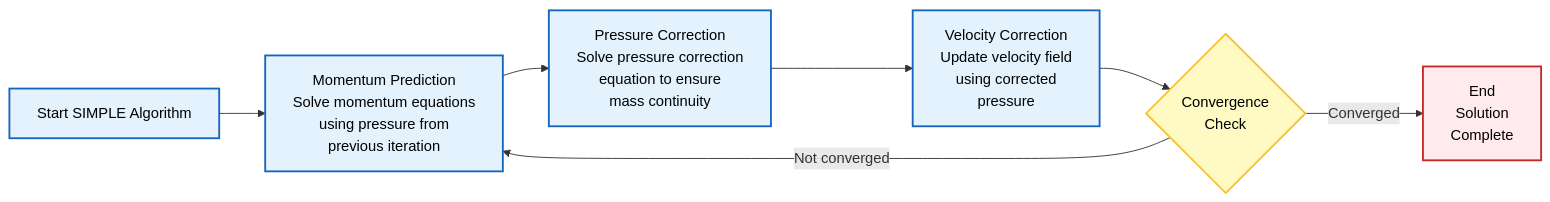
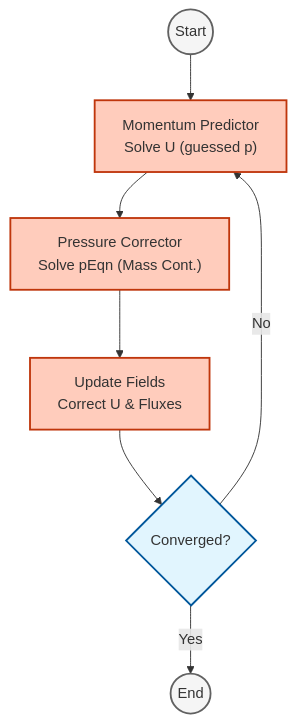
One commit to wramet/build-my-cfd changed the third of 4 diagrams in MODULE_01_CFD_FUNDAMENTALS/CONTENT/01_GOVERNING_EQUATIONS/01_Introduction.md. Above: the diagram before and after it, drawn with Mermaid. The commit also changed other lines of this file and 313 other files, not shown here.

Commit message:
Revise all diagram

````diff
--- a/MODULE_01_CFD_FUNDAMENTALS/CONTENT/01_GOVERNING_EQUATIONS/01_Introduction.md
+++ b/MODULE_01_CFD_FUNDAMENTALS/CONTENT/01_GOVERNING_EQUATIONS/01_Introduction.md
@@ -385,21 +380,19 @@
 ```mermaid
-graph LR
-    A["Start SIMPLE Algorithm"] --> B["Momentum Prediction<br/>Solve momentum equations<br/>using pressure from<br/>previous iteration"]
+graph TD
+classDef implicit fill:#e1f5fe,stroke:#01579b,stroke-width:2px
+classDef explicit fill:#ffccbc,stroke:#bf360c,stroke-width:2px
+classDef context fill:#f5f5f5,stroke:#616161,stroke-width:2px
+Start(("Start")):::context
+Pred["Momentum Predictor<br/>Solve U (guessed p)"]:::explicit
+Corr["Pressure Corrector<br/>Solve pEqn (Mass Cont.)"]:::explicit
+Update["Update Fields<br/>Correct U & Fluxes"]:::explicit
+Check{"Converged?"}:::implicit
+End(("End")):::context
 
-    B --> C["Pressure Correction<br/>Solve pressure correction<br/>equation to ensure<br/>mass continuity"]
-
-    C --> D["Velocity Correction<br/>Update velocity field<br/>using corrected<br/>pressure"]
-
-    D --> E{"Convergence<br/>Check"}
-
-    E -->|Not converged| B
-    E -->|Converged| F["End<br/>Solution<br/>Complete"]
-
-    classDef process fill:#e3f2fd,stroke:#1565c0,stroke-width:2px,color:#000;
-    classDef decision fill:#fff9c4,stroke:#fbc02d,stroke-width:2px,color:#000;
-    classDef terminator fill:#ffebee,stroke:#c62828,stroke-width:2px,color:#000;
-
-    class A,B,C,D process;
-    class E decision;
-    class F terminator
+Start --> Pred
+Pred --> Corr
+Corr --> Update
+Update --> Check
+Check -- No --> Pred
+Check -- Yes --> End
 ```
````
